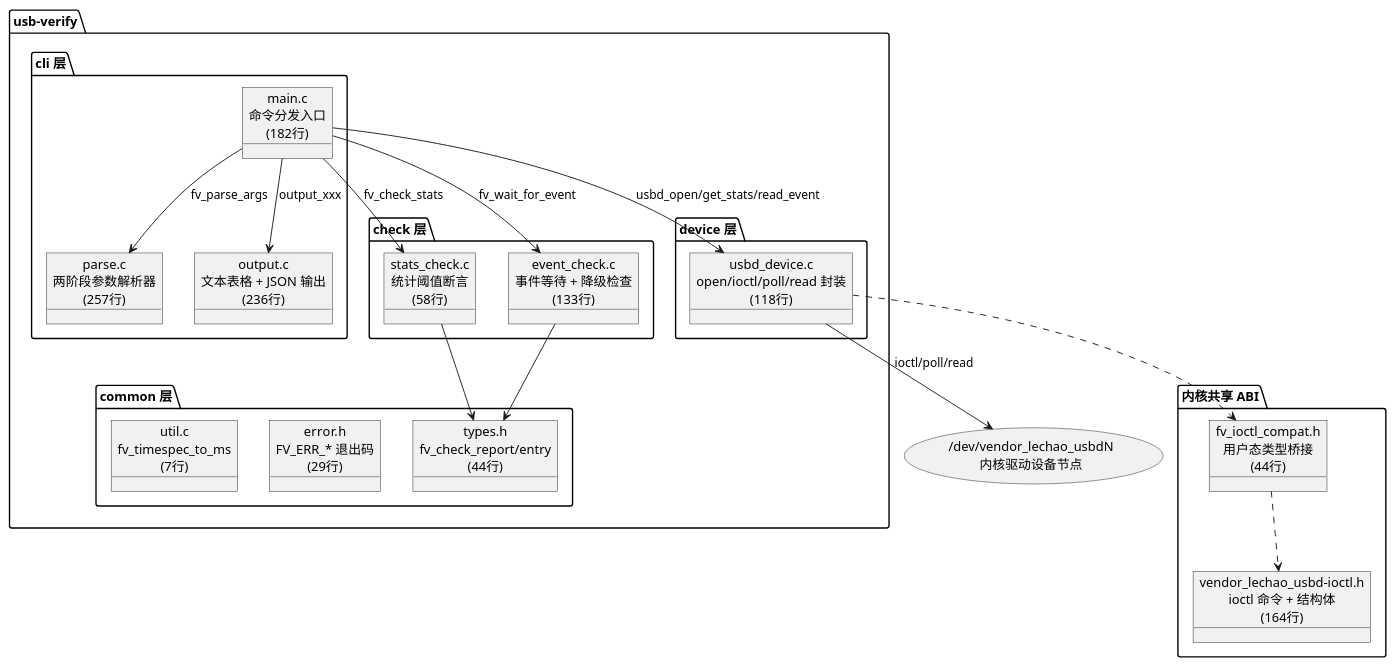
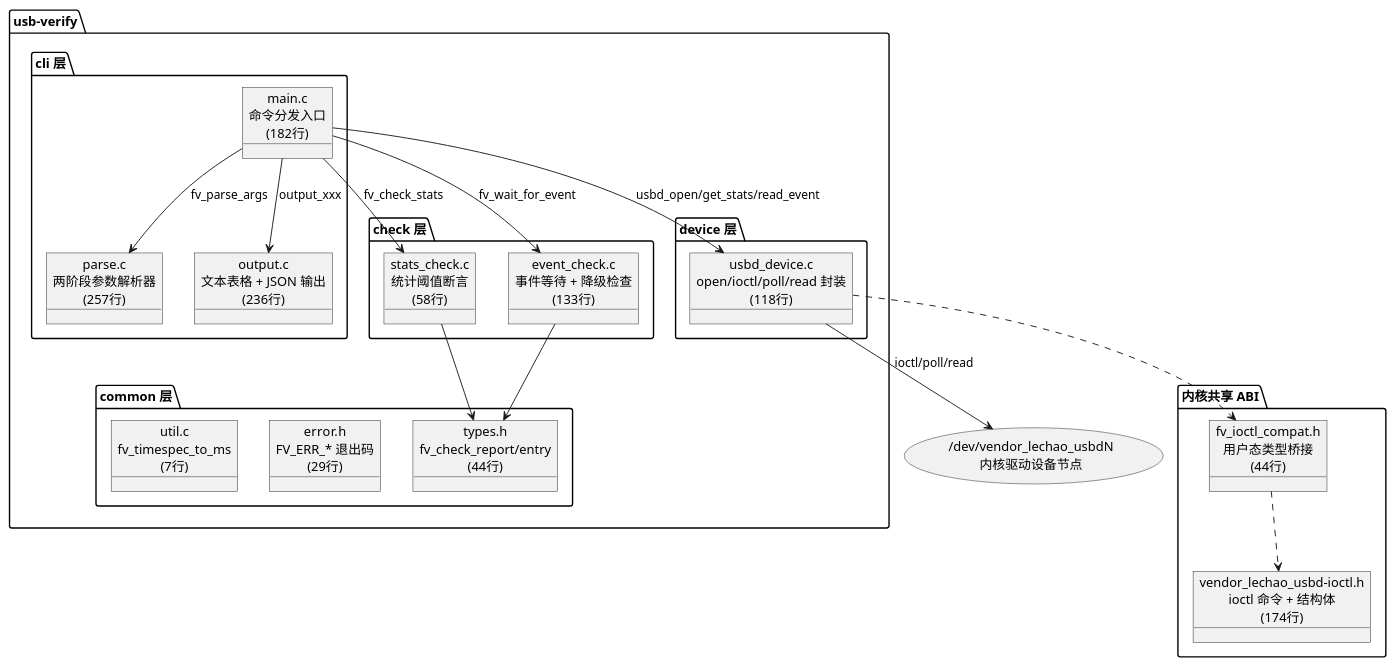
One commit to lechao365/AndroidSystemEnhance changed the sixth of 16 diagrams in 02-IO增强/02.05-故障注入验证-usb-verify.md. Above: the diagram before and after it, drawn with PlantUML. The commit also changed other lines of this file and 15 other files, not shown here.

````diff
--- a/02-IO增强/02.05-故障注入验证-usb-verify.md
+++ b/02-IO增强/02.05-故障注入验证-usb-verify.md
@@ -187,42 +187,42 @@
 ```plantuml
 @startuml
 allowmixing
 package "usb-verify" as mod {
     package "cli 层" as cli {
         object "main.c\n命令分发入口\n(182行)" as Main
         object "parse.c\n两阶段参数解析器\n(257行)" as Parse
         object "output.c\n文本表格 + JSON 输出\n(236行)" as Output
     }
     package "device 层" as dev {
         object "usbd_device.c\nopen/ioctl/poll/read 封装\n(118行)" as Usbd
     }
     package "check 层" as chk {
         object "stats_check.c\n统计阈值断言\n(58行)" as StatsChk
         object "event_check.c\n事件等待 + 降级检查\n(133行)" as EventChk
     }
     package "common 层" as com {
         object "types.h\nfv_check_report/entry\n(44行)" as Types
         object "error.h\nFV_ERR_* 退出码\n(29行)" as Error
         object "util.c\nfv_timespec_to_ms\n(7行)" as Util
     }
 }
 
 package "内核共享 ABI" as abi {
-    object "vendor_lechao_usbd-ioctl.h\nioctl 命令 + 结构体\n(164行)" as Ioctl
+    object "vendor_lechao_usbd-ioctl.h\nioctl 命令 + 结构体\n(174行)" as Ioctl
     object "fv_ioctl_compat.h\n用户态类型桥接\n(44行)" as Compat
 }
 
 usecase "/dev/vendor_lechao_usbdN\n内核驱动设备节点" as Kernel
 
 Main --> Parse : fv_parse_args
 Main --> Output : output_xxx
 Main --> Usbd : usbd_open/get_stats/read_event
 Main --> StatsChk : fv_check_stats
 Main --> EventChk : fv_wait_for_event
 StatsChk --> Types
 EventChk --> Types
 Usbd --> Kernel : ioctl/poll/read
 Usbd ..> Compat
 Compat ..> Ioctl
 @enduml
 ```
````
